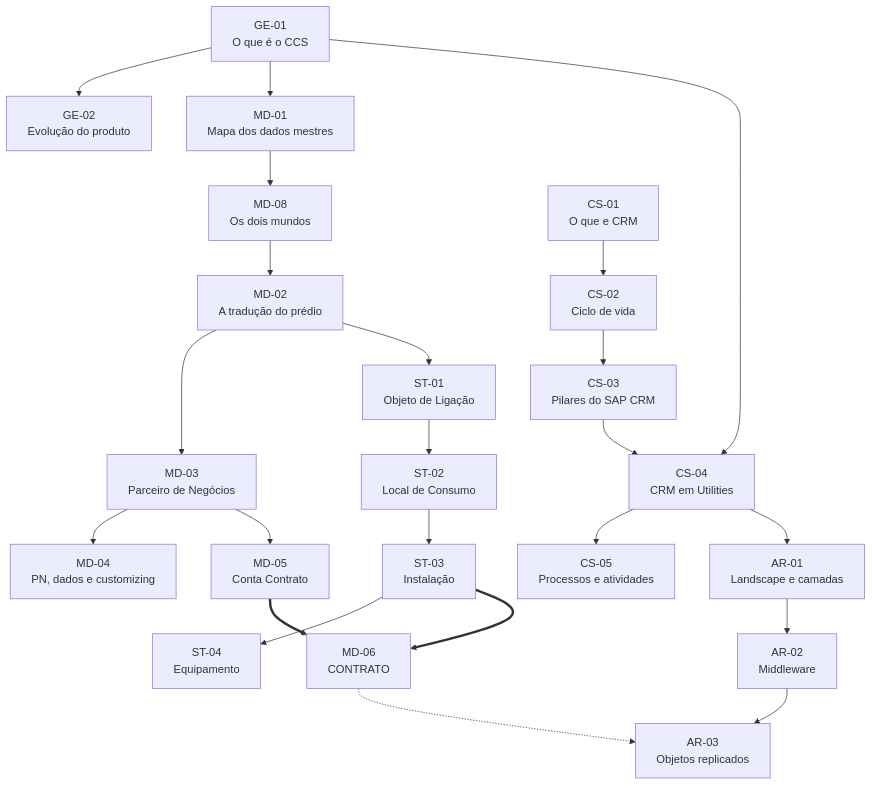
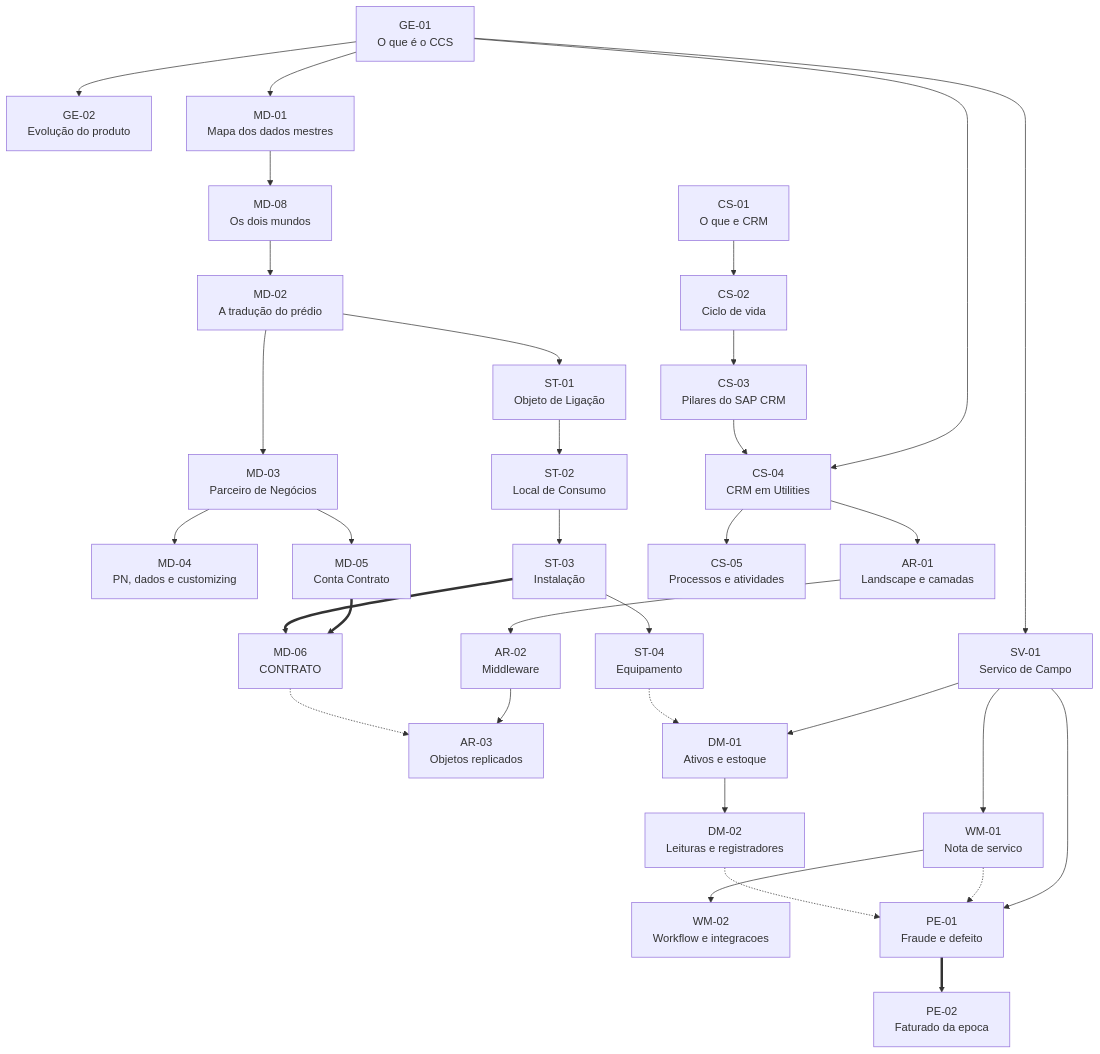
The diagram in notas/_DEPENDENCIAS.md (igorbueno-dev/sap-isu-br), drawn with Mermaid before and after one commit. The commit also changed 13 other files, not shown here.

Commit message:
Servico de Campo: os tres blocos, com Gestao de Perdas

````diff
--- a/notas/_DEPENDENCIAS.md
+++ b/notas/_DEPENDENCIAS.md
@@ -15,49 +15,68 @@
 ```mermaid
 flowchart TD
     GE01["GE-01<br/>O que é o CCS"]
     GE02["GE-02<br/>Evolução do produto"]
     MD01["MD-01<br/>Mapa dos dados mestres"]
     MD08["MD-08<br/>Os dois mundos"]
     MD02["MD-02<br/>A tradução do prédio"]
     MD03["MD-03<br/>Parceiro de Negócios"]
     MD04["MD-04<br/>PN, dados e customizing"]
     MD05["MD-05<br/>Conta Contrato"]
     ST01["ST-01<br/>Objeto de Ligação"]
     ST02["ST-02<br/>Local de Consumo"]
     ST03["ST-03<br/>Instalação"]
     ST04["ST-04<br/>Equipamento"]
     MD06["MD-06<br/>CONTRATO"]
 
     GE01 --> GE02
     GE01 --> MD01
     MD01 --> MD08
     MD08 --> MD02
     MD02 --> MD03
     MD02 --> ST01
     MD03 --> MD04
     MD03 --> MD05
     ST01 --> ST02
     ST02 --> ST03
     ST03 --> ST04
     MD05 ==> MD06
     ST03 ==> MD06
 
     GE01 --> CS04
     CS01 --> CS02
     CS02 --> CS03
     CS03 --> CS04
     CS04 --> CS05
     CS04 --> AR01
     AR01 --> AR02
     AR02 --> AR03
     MD06 -.-> AR03
 
     CS01["CS-01<br/>O que e CRM"]
     CS02["CS-02<br/>Ciclo de vida"]
     CS03["CS-03<br/>Pilares do SAP CRM"]
     CS04["CS-04<br/>CRM em Utilities"]
     CS05["CS-05<br/>Processos e atividades"]
     AR01["AR-01<br/>Landscape e camadas"]
     AR02["AR-02<br/>Middleware"]
     AR03["AR-03<br/>Objetos replicados"]
+
+    SV01["SV-01<br/>Servico de Campo"]
+    WM01["WM-01<br/>Nota de servico"]
+    WM02["WM-02<br/>Workflow e integracoes"]
+    DM01["DM-01<br/>Ativos e estoque"]
+    DM02["DM-02<br/>Leituras e registradores"]
+    PE01["PE-01<br/>Fraude e defeito"]
+    PE02["PE-02<br/>Faturado da epoca"]
+
+    GE01 --> SV01
+    SV01 --> WM01
+    WM01 --> WM02
+    SV01 --> DM01
+    DM01 --> DM02
+    SV01 --> PE01
+    PE01 ==> PE02
+    ST04 -.-> DM01
+    WM01 -.-> PE01
+    DM02 -.-> PE01
 ```
````
